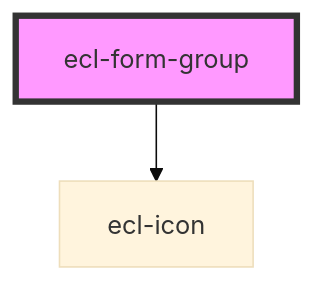
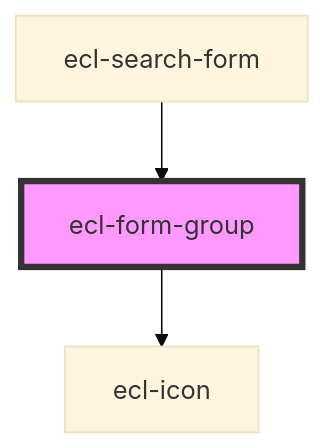
The diagram in src/components/ecl-form-group/readme.md (ec-europa/ecl-webcomponents), drawn with Mermaid (base theme) before and after one commit. The commit also changed other lines of this file and 14 other files, not shown here.

Commit message:
chore(webcomponents): Adding search form

````diff
--- a/src/components/ecl-form-group/readme.md
+++ b/src/components/ecl-form-group/readme.md
@@ -33,5 +37,6 @@
 ```mermaid
 graph TD;
   ecl-form-group --> ecl-icon
+  ecl-search-form --> ecl-form-group
   style ecl-form-group fill:#f9f,stroke:#333,stroke-width:4px
 ```
````
